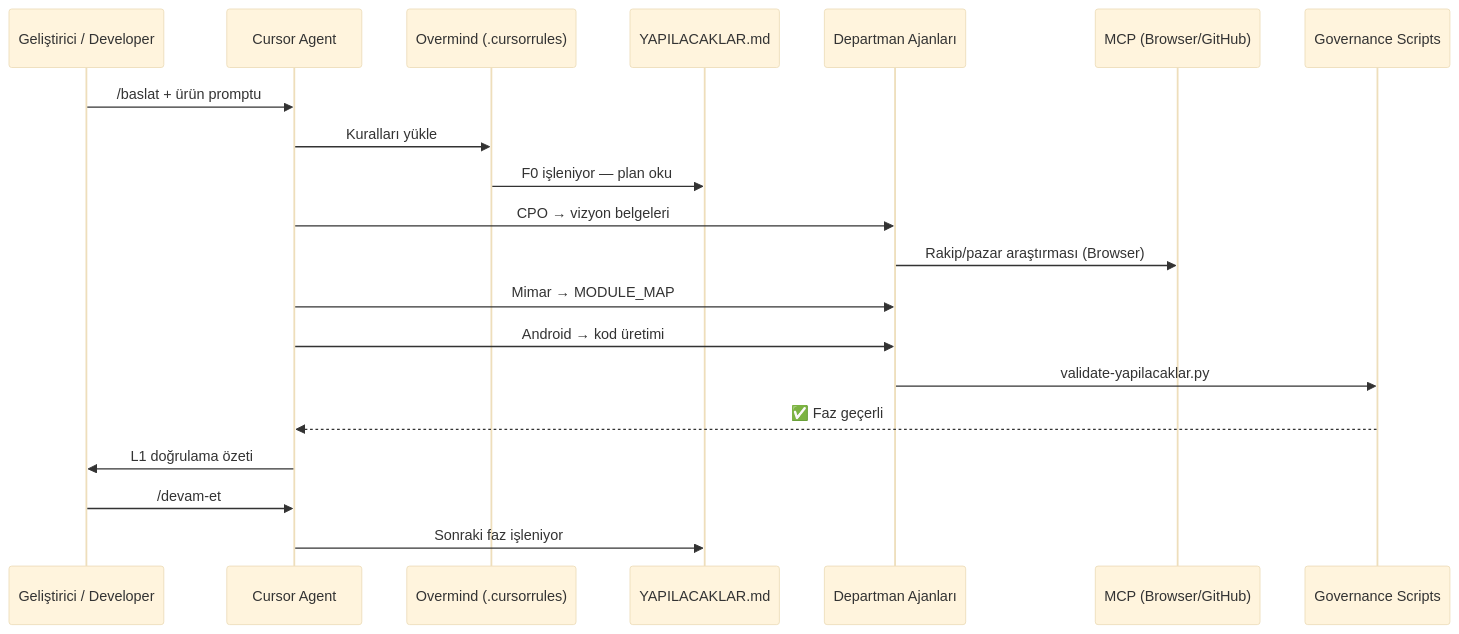
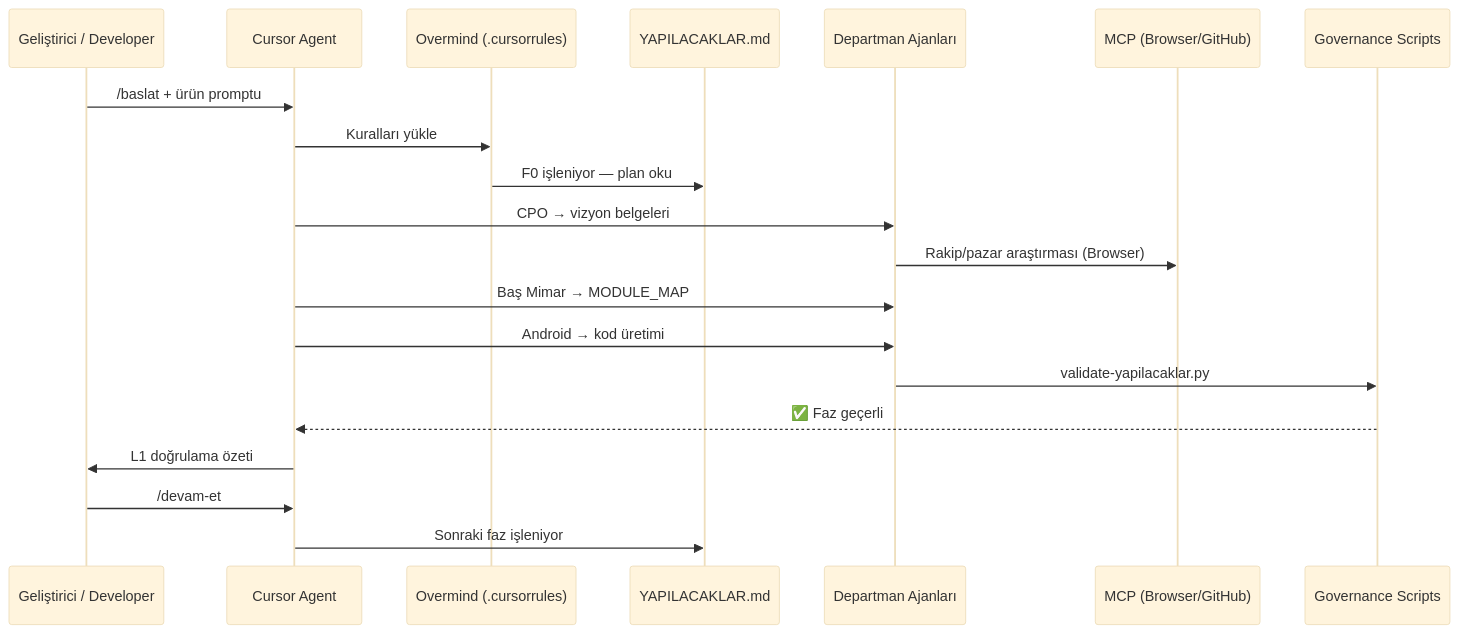
Before and after one commit to clariongemini/APP-FABRIKA: the second of 3 diagrams in README.md, drawn with Mermaid (base theme). The commit also changed other lines of this file and 40 other files, not shown here.

````diff
--- a/README.md
+++ b/README.md
@@ -146,23 +136,23 @@
 ```mermaid
 sequenceDiagram
     participant U as Geliştirici / Developer
     participant C as Cursor Agent
     participant O as Overmind (.cursorrules)
     participant Y as YAPILACAKLAR.md
     participant A as Departman Ajanları
     participant M as MCP (Browser/GitHub)
     participant G as Governance Scripts
 
     U->>C: /baslat + ürün promptu
     C->>O: Kuralları yükle
     O->>Y: F0 işleniyor — plan oku
     C->>A: CPO → vizyon belgeleri
     A->>M: Rakip/pazar araştırması (Browser)
-    C->>A: Mimar → MODULE_MAP
+    C->>A: Baş Mimar → MODULE_MAP
     C->>A: Android → kod üretimi
     A->>G: validate-yapilacaklar.py
     G-->>C: ✅ Faz geçerli
     C->>U: L1 doğrulama özeti
     U->>C: /devam-et
     C->>Y: Sonraki faz işleniyor
 ```
````
